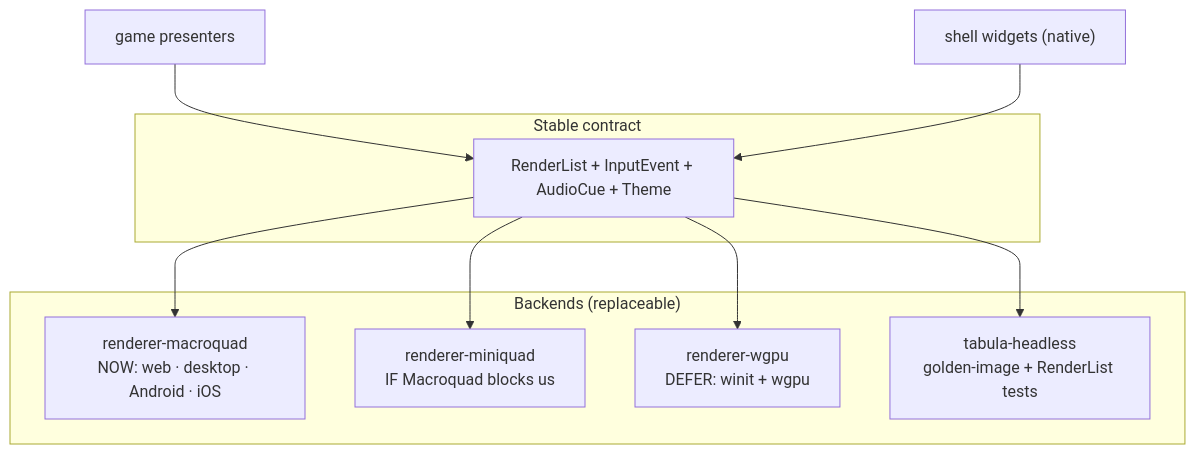
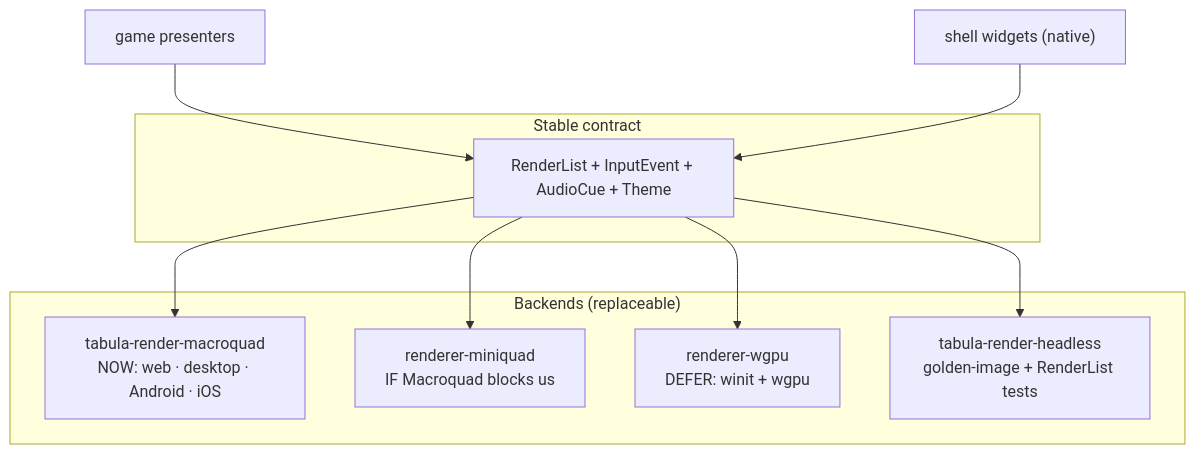
One commit to loveoverflowcom/tabula changed the fourth of 6 diagrams in docs/architecture/04-frontend-and-design-system.md. Above: the diagram before and after it, drawn with Mermaid. The commit also changed other lines of this file and 34 other files, not shown here.

First line of the commit message:
refactor: prefix renderer crates with tabula-render

````diff
--- a/docs/architecture/04-frontend-and-design-system.md
+++ b/docs/architecture/04-frontend-and-design-system.md
@@ -491,18 +491,18 @@
 ```mermaid
 flowchart TB
     subgraph STABLE["Stable contract"]
         RL["RenderList + InputEvent + AudioCue + Theme"]
     end
     subgraph BACKENDS["Backends (replaceable)"]
-        MQ["renderer-macroquad<br/>NOW: web · desktop · Android · iOS"]
+        MQ["tabula-render-macroquad<br/>NOW: web · desktop · Android · iOS"]
         MINI["renderer-miniquad<br/>IF Macroquad blocks us"]
         WGPU["renderer-wgpu<br/>DEFER: winit + wgpu"]
-        HEADLESS["tabula-headless<br/>golden-image + RenderList tests"]
+        HEADLESS["tabula-render-headless<br/>golden-image + RenderList tests"]
     end
     GAMES["game presenters"] --> RL
     UI["shell widgets (native)"] --> RL
     RL --> MQ
     RL --> MINI
     RL --> WGPU
     RL --> HEADLESS
 ```
````
